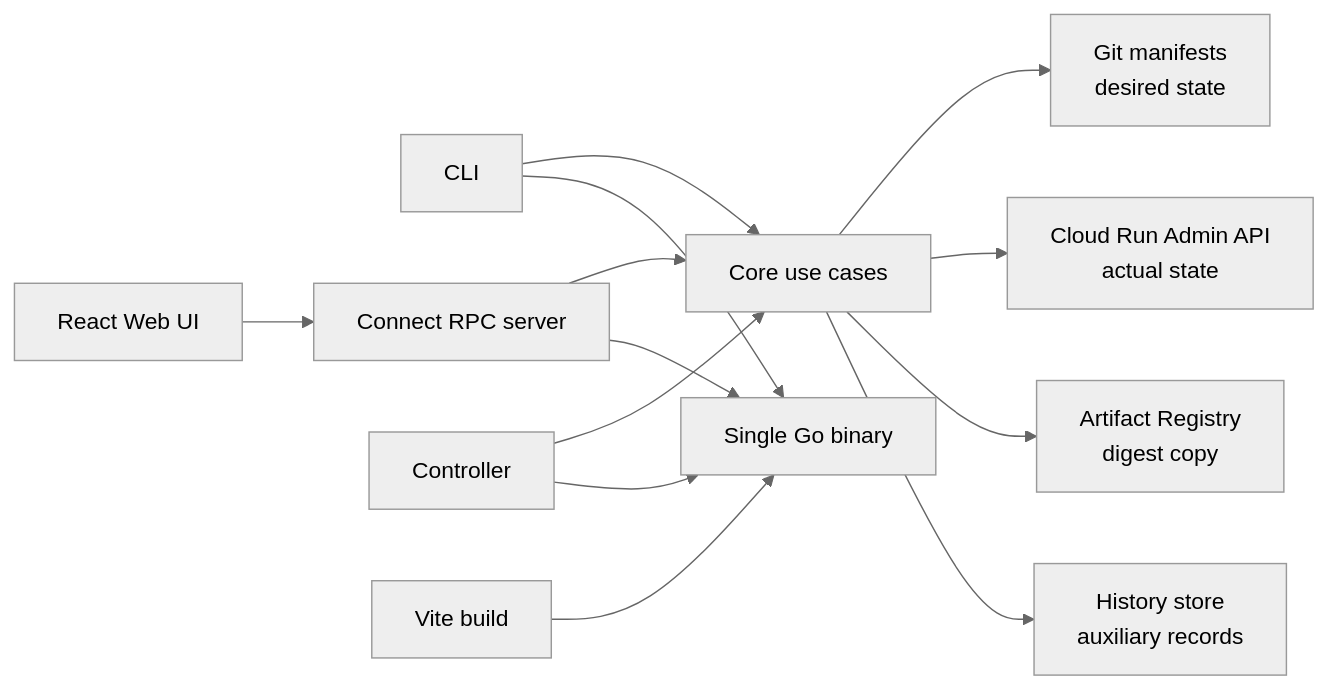
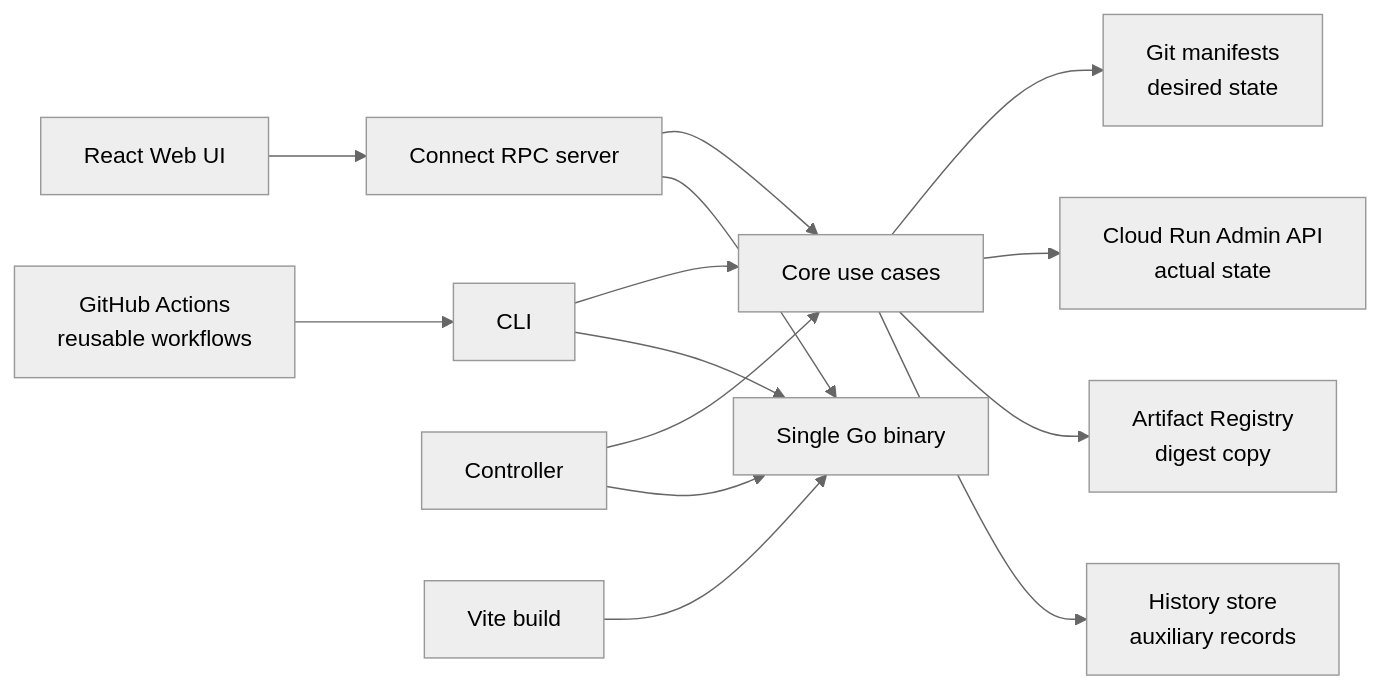
One commit to Retr0413/wataridori changed the diagram in docs/architecture.md. Above: the diagram before and after it, drawn with Mermaid (neutral theme). The commit also changed other lines of this file and 36 other files, not shown here.

Commit message:
feat: add reusable GitHub Actions CD workflows

````diff
--- a/docs/architecture.md
+++ b/docs/architecture.md
@@ -5,17 +5,18 @@
 ```mermaid
 flowchart LR
     CLI["CLI"] --> Core["Core use cases"]
+    GHA["GitHub Actions<br/>reusable workflows"] --> CLI
     Web["React Web UI"] --> RPC["Connect RPC server"]
     RPC --> Core
     Controller["Controller"] --> Core
 
     Core --> Git["Git manifests<br/>desired state"]
     Core --> Run["Cloud Run Admin API<br/>actual state"]
     Core --> Registry["Artifact Registry<br/>digest copy"]
     Core --> Store["History store<br/>auxiliary records"]
 
     WebAssets["Vite build"] --> Binary["Single Go binary"]
     RPC --> Binary
     Controller --> Binary
     CLI --> Binary
 ```
````
